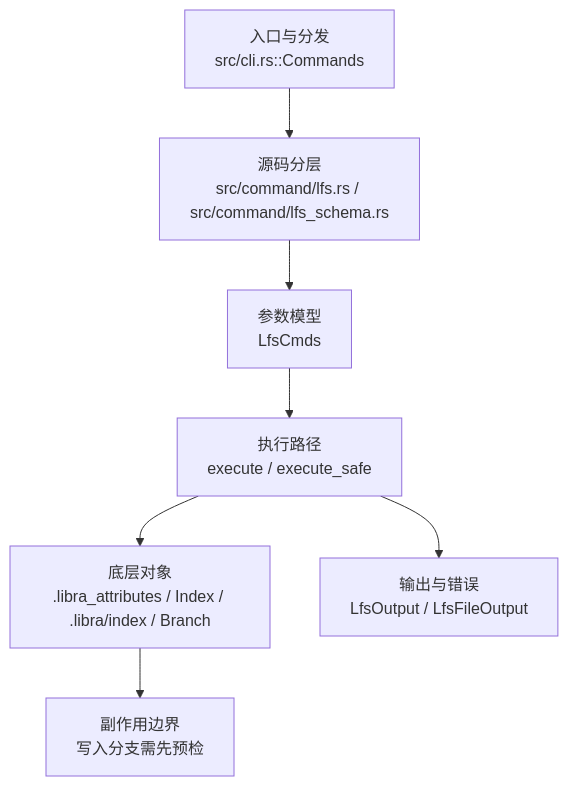
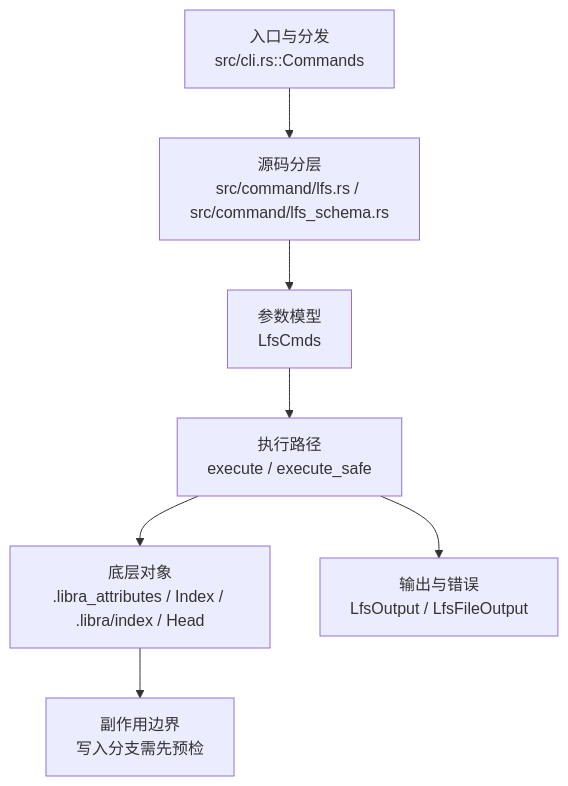
One commit to web3infra-foundation/libra changed the diagram in docs/development/commands/lfs.md. Above: the diagram before and after it, drawn with Mermaid. The commit also changed other lines of this file and 65 other files, not shown here.

````diff
--- a/docs/development/commands/lfs.md
+++ b/docs/development/commands/lfs.md
@@ -23,9 +23,9 @@
 ```mermaid
 flowchart TD
     A["入口与分发<br/>src/cli.rs::Commands"] --> B["源码分层<br/>src/command/lfs.rs / src/command/lfs_schema.rs"]
     B --> C["参数模型<br/>LfsCmds"]
     C --> D["执行路径<br/>execute / execute_safe"]
-    D --> E["底层对象<br/>.libra_attributes / Index / .libra/index / Branch"]
+    D --> E["底层对象<br/>.libra_attributes / Index / .libra/index / Head"]
     D --> F["输出与错误<br/>LfsOutput / LfsFileOutput"]
     E --> G["副作用边界<br/>写入分支需先预检"]
 ```
````
